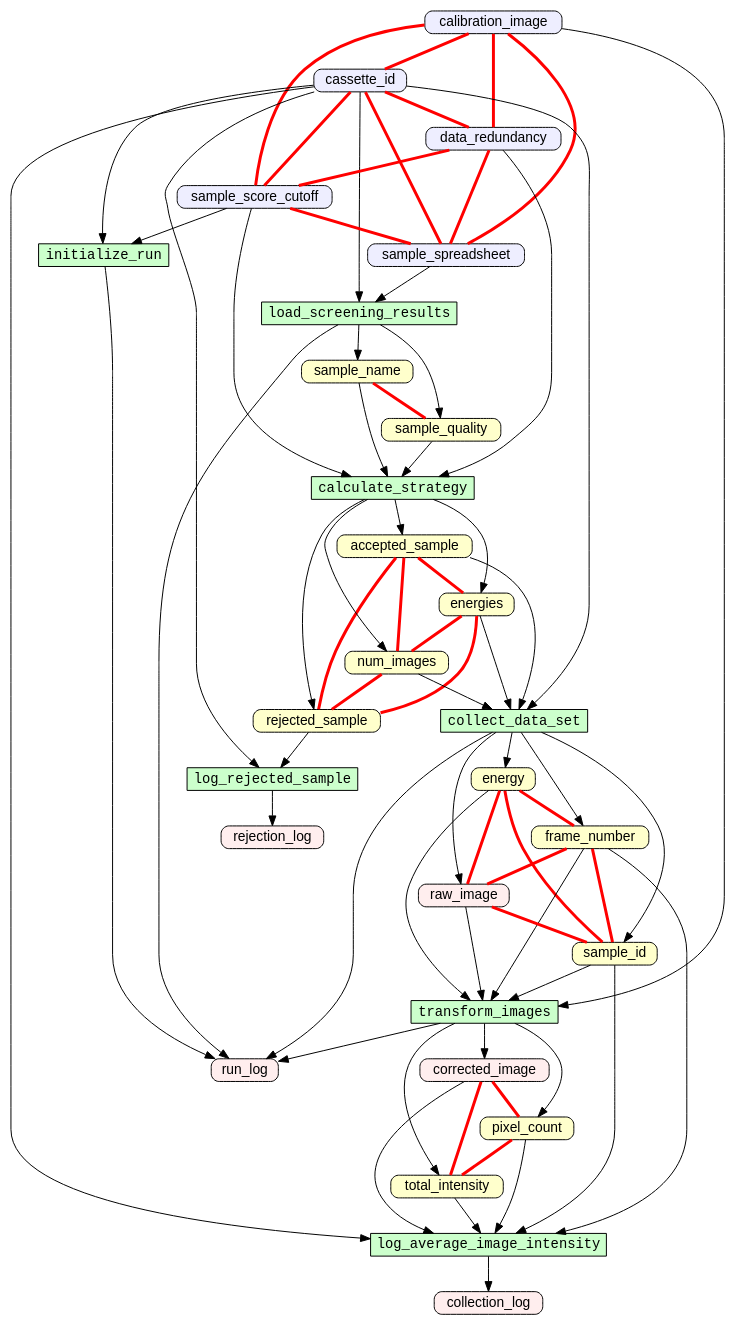
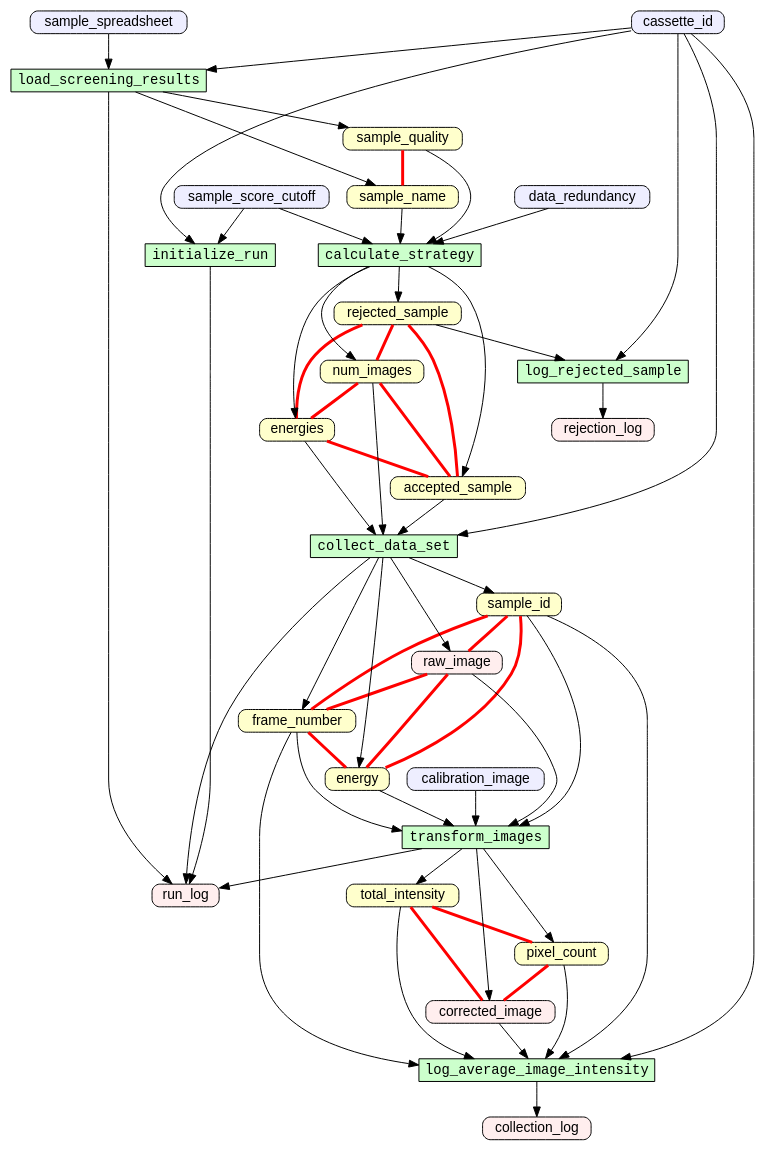
The diagram in toy-examples/examples/simulate_data_collection/g.gv (yesworkflow-org/yw-tapp-17-assert), drawn with Graphviz before and after one commit. The commit also changed 3 other files, not shown here.

```diff
--- a/toy-examples/examples/simulate_data_collection/g.gv
+++ b/toy-examples/examples/simulate_data_collection/g.gv
@@ -1,103 +1,93 @@
 digraph {
 rankdir=TB
 node [shape=box,fontname=Helvetica,fontsize=14,height=0,width=0]
 edge [fontname=Helvetica,fontsize=12]
 "accepted_sample"[style="filled,rounded" fillcolor="#FFFFCC",label="accepted_sample"]
 "energies"[style="filled,rounded" fillcolor="#FFFFCC",label="energies"]
 "energy"[style="filled,rounded" fillcolor="#FFFFCC",label="energy"]
 "frame_number"[style="filled,rounded" fillcolor="#FFFFCC",label="frame_number"]
 "num_images"[style="filled,rounded" fillcolor="#FFFFCC",label="num_images"]
 "pixel_count"[style="filled,rounded" fillcolor="#FFFFCC",label="pixel_count"]
 "rejected_sample"[style="filled,rounded" fillcolor="#FFFFCC",label="rejected_sample"]
 "sample_id"[style="filled,rounded" fillcolor="#FFFFCC",label="sample_id"]
 "sample_name"[style="filled,rounded" fillcolor="#FFFFCC",label="sample_name"]
 "sample_quality"[style="filled,rounded" fillcolor="#FFFFCC",label="sample_quality"]
 "total_intensity"[style="filled,rounded" fillcolor="#FFFFCC",label="total_intensity"]
 "collection_log"[style="filled,rounded" fillcolor="#FFEEEE",label="collection_log"]
 "corrected_image"[style="filled,rounded" fillcolor="#FFEEEE",label="corrected_image"]
 "raw_image"[style="filled,rounded" fillcolor="#FFEEEE",label="raw_image"]
 "rejection_log"[style="filled,rounded" fillcolor="#FFEEEE",label="rejection_log"]
 "run_log"[style="filled,rounded" fillcolor="#FFEEEE",label="run_log"]
 "calibration_image"[style="filled,rounded" fillcolor="#EEEEFF",label="calibration_image"]
 "cassette_id"[style="filled,rounded" fillcolor="#EEEEFF",label="cassette_id"]
 "data_redundancy"[style="filled,rounded" fillcolor="#EEEEFF",label="data_redundancy"]
 "sample_score_cutoff"[style="filled,rounded" fillcolor="#EEEEFF",label="sample_score_cutoff"]
 "sample_spreadsheet"[style="filled,rounded" fillcolor="#EEEEFF",label="sample_spreadsheet"]
 "calculate_strategy"[style="filled" fontname=Courier fillcolor="#CCFFCC",label="calculate_strategy"]
 "collect_data_set"[style="filled" fontname=Courier fillcolor="#CCFFCC",label="collect_data_set"]
 "initialize_run"[style="filled" fontname=Courier fillcolor="#CCFFCC",label="initialize_run"]
 "load_screening_results"[style="filled" fontname=Courier fillcolor="#CCFFCC",label="load_screening_results"]
 "log_average_image_intensity"[style="filled" fontname=Courier fillcolor="#CCFFCC",label="log_average_image_intensity"]
 "log_rejected_sample"[style="filled" fontname=Courier fillcolor="#CCFFCC",label="log_rejected_sample"]
 "transform_images"[style="filled" fontname=Courier fillcolor="#CCFFCC",label="transform_images"]
 accepted_sample -> collect_data_set [color="#000000"]
 calculate_strategy -> accepted_sample [color="#000000"]
 calculate_strategy -> energies [color="#000000"]
 calculate_strategy -> num_images [color="#000000"]
 calculate_strategy -> rejected_sample [color="#000000"]
 calibration_image -> transform_images [color="#000000"]
 cassette_id -> collect_data_set [color="#000000"]
 cassette_id -> initialize_run [color="#000000"]
 cassette_id -> load_screening_results [color="#000000"]
 cassette_id -> log_average_image_intensity [color="#000000"]
 cassette_id -> log_rejected_sample [color="#000000"]
 collect_data_set -> energy [color="#000000"]
 collect_data_set -> frame_number [color="#000000"]
 collect_data_set -> raw_image [color="#000000"]
 collect_data_set -> run_log [color="#000000"]
 collect_data_set -> sample_id [color="#000000"]
 corrected_image -> log_average_image_intensity [color="#000000"]
 data_redundancy -> calculate_strategy [color="#000000"]
 energies -> collect_data_set [color="#000000"]
 energy -> transform_images [color="#000000"]
 frame_number -> log_average_image_intensity [color="#000000"]
 frame_number -> transform_images [color="#000000"]
 initialize_run -> run_log [color="#000000"]
 load_screening_results -> run_log [color="#000000"]
 load_screening_results -> sample_name [color="#000000"]
 load_screening_results -> sample_quality [color="#000000"]
 log_average_image_intensity -> collection_log [color="#000000"]
 log_rejected_sample -> rejection_log [color="#000000"]
 num_images -> collect_data_set [color="#000000"]
 pixel_count -> log_average_image_intensity [color="#000000"]
 raw_image -> transform_images [color="#000000"]
 rejected_sample -> log_rejected_sample [color="#000000"]
 sample_id -> log_average_image_intensity [color="#000000"]
 sample_id -> transform_images [color="#000000"]
 sample_name -> calculate_strategy [color="#000000"]
 sample_quality -> calculate_strategy [color="#000000"]
 sample_score_cutoff -> calculate_strategy [color="#000000"]
 sample_score_cutoff -> initialize_run [color="#000000"]
 sample_spreadsheet -> load_screening_results [color="#000000"]
 total_intensity -> log_average_image_intensity [color="#000000"]
 transform_images -> corrected_image [color="#000000"]
 transform_images -> pixel_count [color="#000000"]
 transform_images -> run_log [color="#000000"]
 transform_images -> total_intensity [color="#000000"]
-accepted_sample -> energies [constraint=true color="#FF0000" dir=none penwidth=3]
-accepted_sample -> num_images [constraint=true color="#FF0000" dir=none penwidth=3]
-accepted_sample -> rejected_sample [constraint=true color="#FF0000" dir=none penwidth=3]
-calibration_image -> cassette_id [constraint=true color="#FF0000" dir=none penwidth=3]
-calibration_image -> data_redundancy [constraint=true color="#FF0000" dir=none penwidth=3]
-calibration_image -> sample_score_cutoff [constraint=true color="#FF0000" dir=none penwidth=3]
-calibration_image -> sample_spreadsheet [constraint=true color="#FF0000" dir=none penwidth=3]
-cassette_id -> data_redundancy [constraint=true color="#FF0000" dir=none penwidth=3]
-cassette_id -> sample_score_cutoff [constraint=true color="#FF0000" dir=none penwidth=3]
-cassette_id -> sample_spreadsheet [constraint=true color="#FF0000" dir=none penwidth=3]
-corrected_image -> pixel_count [constraint=true color="#FF0000" dir=none penwidth=3]
-corrected_image -> total_intensity [constraint=true color="#FF0000" dir=none penwidth=3]
-data_redundancy -> sample_score_cutoff [constraint=true color="#FF0000" dir=none penwidth=3]
-data_redundancy -> sample_spreadsheet [constraint=true color="#FF0000" dir=none penwidth=3]
-energies -> num_images [constraint=true color="#FF0000" dir=none penwidth=3]
-energies -> rejected_sample [constraint=true color="#FF0000" dir=none penwidth=3]
-energy -> frame_number [constraint=true color="#FF0000" dir=none penwidth=3]
-energy -> raw_image [constraint=true color="#FF0000" dir=none penwidth=3]
-energy -> sample_id [constraint=true color="#FF0000" dir=none penwidth=3]
-frame_number -> raw_image [constraint=true color="#FF0000" dir=none penwidth=3]
-frame_number -> sample_id [constraint=true color="#FF0000" dir=none penwidth=3]
-num_images -> rejected_sample [constraint=true color="#FF0000" dir=none penwidth=3]
-pixel_count -> total_intensity [constraint=true color="#FF0000" dir=none penwidth=3]
-raw_image -> sample_id [constraint=true color="#FF0000" dir=none penwidth=3]
-sample_name -> sample_quality [constraint=true color="#FF0000" dir=none penwidth=3]
-sample_score_cutoff -> sample_spreadsheet [constraint=true color="#FF0000" dir=none penwidth=3]
+energies -> accepted_sample [constraint=true color="#FF0000" dir=none penwidth=3]
+frame_number -> energy [constraint=true color="#FF0000" dir=none penwidth=3]
+num_images -> accepted_sample [constraint=true color="#FF0000" dir=none penwidth=3]
+num_images -> energies [constraint=true color="#FF0000" dir=none penwidth=3]
+pixel_count -> corrected_image [constraint=true color="#FF0000" dir=none penwidth=3]
+raw_image -> energy [constraint=true color="#FF0000" dir=none penwidth=3]
+raw_image -> frame_number [constraint=true color="#FF0000" dir=none penwidth=3]
+rejected_sample -> accepted_sample [constraint=true color="#FF0000" dir=none penwidth=3]
+rejected_sample -> energies [constraint=true color="#FF0000" dir=none penwidth=3]
+rejected_sample -> num_images [constraint=true color="#FF0000" dir=none penwidth=3]
+sample_id -> energy [constraint=true color="#FF0000" dir=none penwidth=3]
+sample_id -> frame_number [constraint=true color="#FF0000" dir=none penwidth=3]
+sample_id -> raw_image [constraint=true color="#FF0000" dir=none penwidth=3]
+sample_quality -> sample_name [constraint=true color="#FF0000" dir=none penwidth=3]
+total_intensity -> corrected_image [constraint=true color="#FF0000" dir=none penwidth=3]
+total_intensity -> pixel_count [constraint=true color="#FF0000" dir=none penwidth=3]
 }
```
